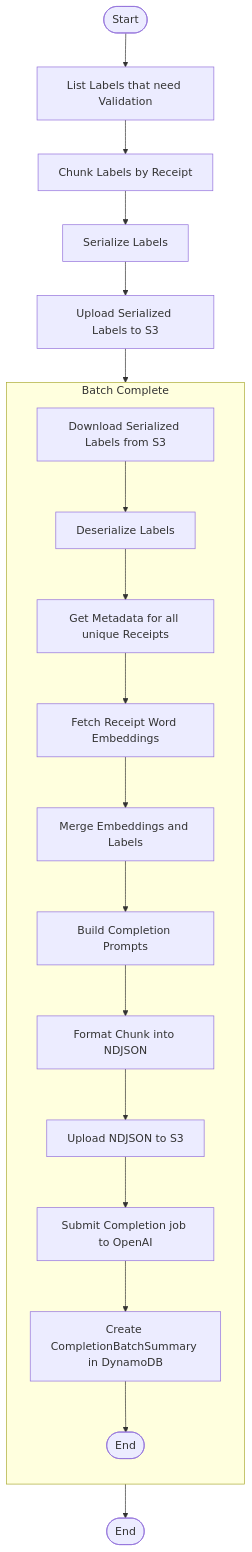
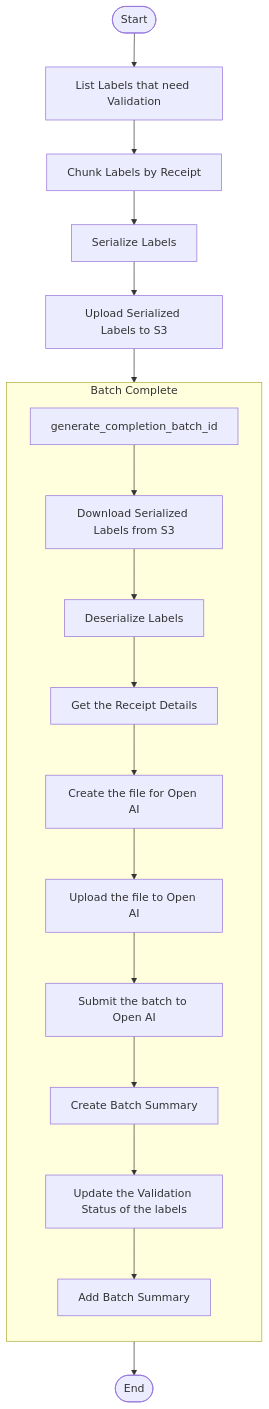
The diagram in receipt_label/receipt_label/submit_completion_batch/README.md (tnorlund/Portfolio), drawn with Mermaid before and after one commit. The commit also changed other lines of this file and 2 other files, not shown here.

Commit message:
🔨 Can submit batch completions

````diff
--- a/receipt_label/receipt_label/submit_completion_batch/README.md
+++ b/receipt_label/receipt_label/submit_completion_batch/README.md
@@ -91,24 +92,23 @@
 ```mermaid
 flowchart TB
     Start([Start]) --> list_labels_that_need_validation["List Labels that need Validation"]
-    list_labels_that_need_validation --> chunk_labels["Chunk Labels by Receipt"]
-    chunk_labels --> serialize_labels["Serialize Labels"]
+    list_labels_that_need_validation --> chunk_into_completion_batches["Chunk Labels by Receipt"]
+    chunk_into_completion_batches --> serialize_labels["Serialize Labels"]
     serialize_labels --> upload_serialized_labels["Upload Serialized Labels to S3"]
     upload_serialized_labels --> batch_complete
 
     subgraph batch_complete["Batch Complete"]
         direction TB
-        download_serialized_labels["Download Serialized Labels from S3"] --> deserialize_labels["Deserialize Labels"]
-        deserialize_labels --> get_receipt_metadatas["Get Metadata for all unique Receipts"]
-        get_receipt_metadatas --> fetch_receipt_word_embeddings["Fetch Receipt Word Embeddings"]
-        fetch_receipt_word_embeddings --> JoinEmbeddingsAndLabels["Merge Embeddings and Labels"]
-        JoinEmbeddingsAndLabels --> BuildPrompts["Build Completion Prompts"]
-        BuildPrompts --> FormatChunk["Format Chunk into NDJSON"]
-        FormatChunk --> UploadChunk["Upload NDJSON to S3"]
-        UploadChunk --> SubmitCompletionJob["Submit Completion job to OpenAI"]
-        SubmitCompletionJob --> CreateCompletionBatchSummary["Create CompletionBatchSummary in DynamoDB"]
-        CreateCompletionBatchSummary --> End([End])
+        generate_completion_batch_id --> download_serialized_labels["Download Serialized Labels from S3"]
+        download_serialized_labels --> deserialize_labels["Deserialize Labels"]
+        deserialize_labels --> get_receipt_details["Get the Receipt Details"]
+        get_receipt_details --> format_batch_completion_file["Create the file for Open AI"]
+        format_batch_completion_file --> upload_to_openai["Upload the file to Open AI"]
+        upload_to_openai --> submit_openai_batch["Submit the batch to Open AI"]
+        submit_openai_batch --> create_batch_summary["Create Batch Summary"]
+        create_batch_summary --> update_label_validation_status["Update the Validation Status of the labels"]
+        update_label_validation_status --> add_batch_summary["Add Batch Summary"]
     end
 
     batch_complete --> END([End])
 ```
````
